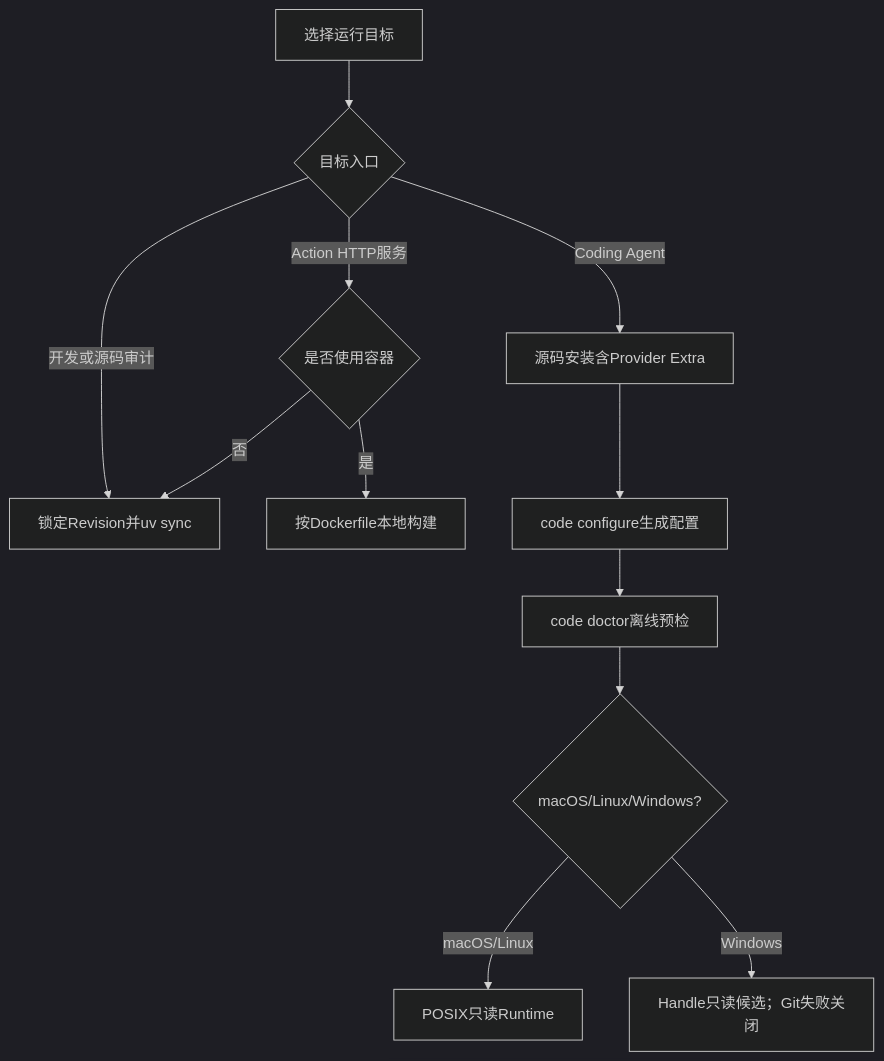
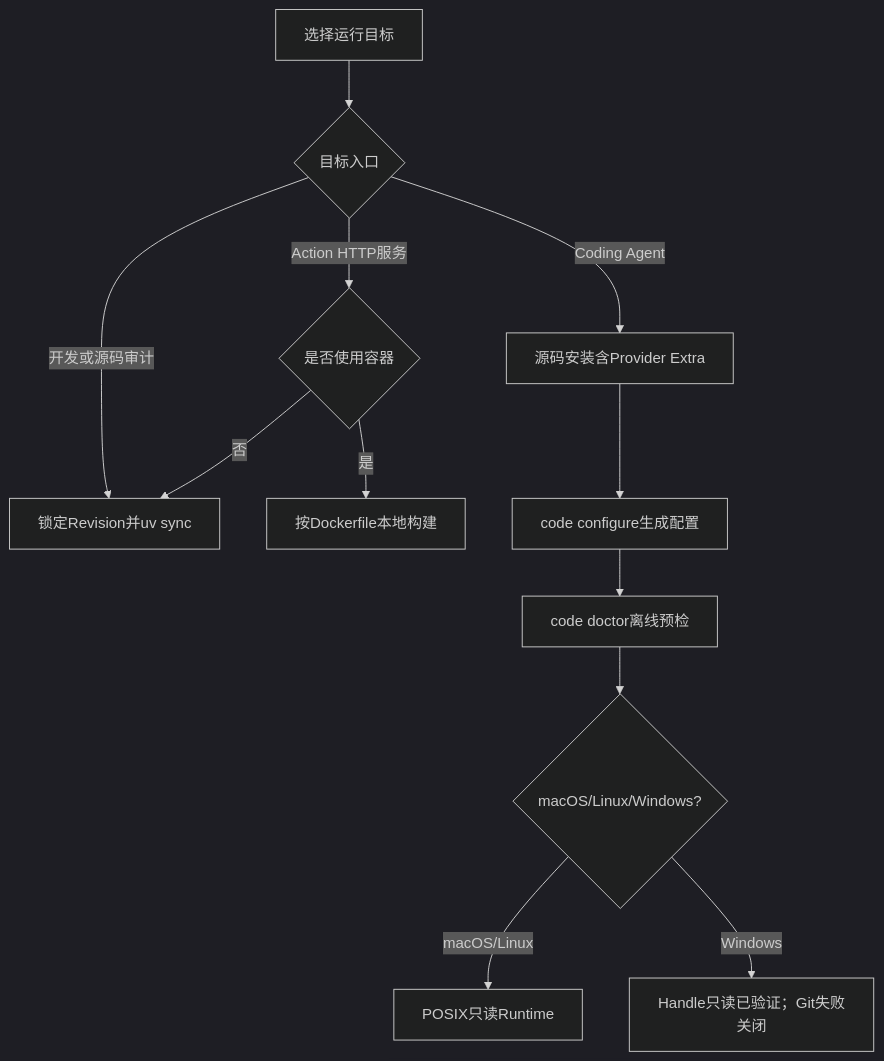
The diagram in docs/operations/installation.md (carrie1988/Harnessix), drawn with Mermaid (dark theme) before and after one commit. The commit also changed other lines of this file and 19 other files, not shown here.

````diff
--- a/docs/operations/installation.md
+++ b/docs/operations/installation.md
@@ -55,14 +55,14 @@
 ```mermaid
 flowchart TD
     Start[选择运行目标] --> Product{目标入口}
     Product -- 开发或源码审计 --> Source[锁定Revision并uv sync]
     Product -- Action HTTP服务 --> Container{是否使用容器}
     Container -- 否 --> Source
     Container -- 是 --> Image[按Dockerfile本地构建]
     Product -- Coding Agent --> Agent[源码安装含Provider Extra]
     Agent --> Configure[code configure生成配置]
     Configure --> Diagnose[code doctor离线预检]
     Diagnose --> Platform{macOS/Linux/Windows?}
     Platform -- macOS/Linux --> Posix[POSIX只读Runtime]
-    Platform -- Windows --> Win[Handle只读候选；Git失败关闭]
+    Platform -- Windows --> Win[Handle只读已验证；Git失败关闭]
 ```
````
